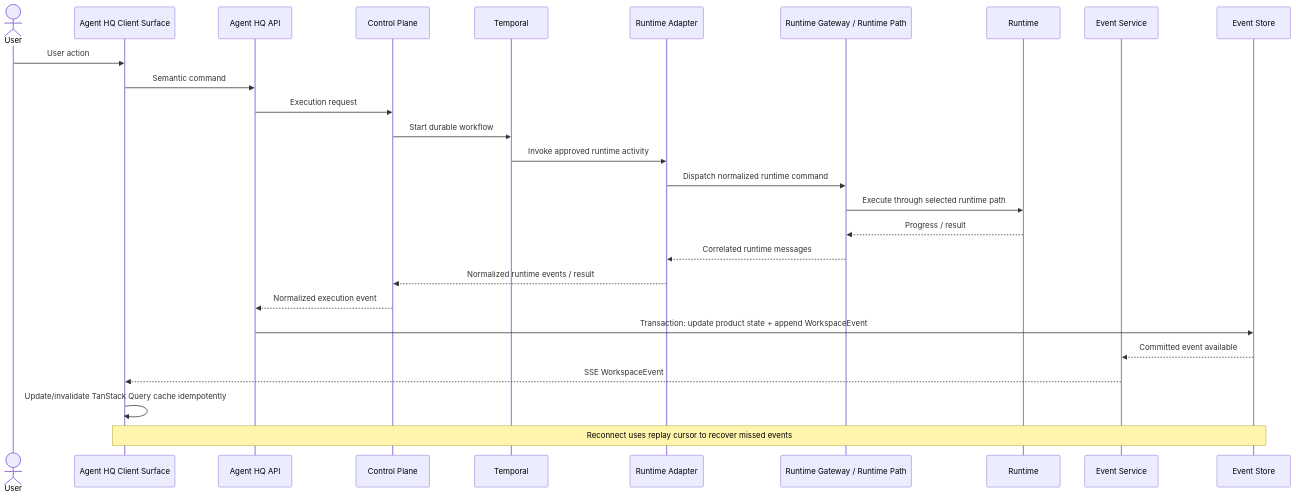
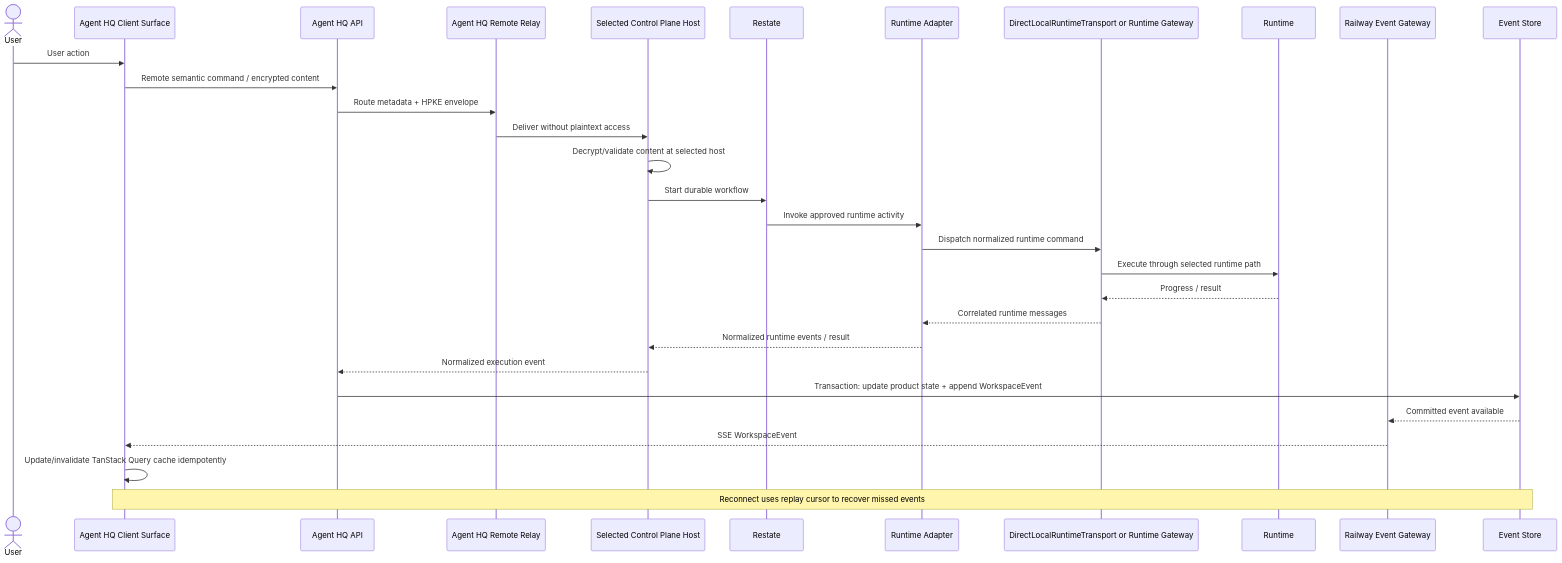
Before and after one commit to adea-ai/adea: the fourth of 18 diagrams in docs/architecture/diagram-sources.md, drawn with Mermaid. The commit also changed other lines of this file, not shown here.

Commit message:
docs: reconcile Agent HQ architecture diagrams with canonical source

````diff
--- a/docs/architecture/diagram-sources.md
+++ b/docs/architecture/diagram-sources.md
@@ -130,29 +152,32 @@
 ```mermaid
 sequenceDiagram
     actor U as User
     participant C as Agent HQ Client Surface
     participant A as Agent HQ API
-    participant P as Control Plane
-    participant T as Temporal
+    participant X as Agent HQ Remote Relay
+    participant P as Selected Control Plane Host
+    participant T as Restate
     participant RA as Runtime Adapter
-    participant G as Runtime Gateway / Runtime Path
+    participant G as DirectLocalRuntimeTransport or Runtime Gateway
     participant R as Runtime
-    participant E as Event Service
+    participant E as Railway Event Gateway
     participant D as Event Store
     U->>C: User action
-    C->>A: Semantic command
-    A->>P: Execution request
+    C->>A: Remote semantic command / encrypted content
+    A->>X: Route metadata + HPKE envelope
+    X->>P: Deliver without plaintext access
+    P->>P: Decrypt/validate content at selected host
     P->>T: Start durable workflow
     T->>RA: Invoke approved runtime activity
     RA->>G: Dispatch normalized runtime command
     G->>R: Execute through selected runtime path
     R-->>G: Progress / result
     G-->>RA: Correlated runtime messages
     RA-->>P: Normalized runtime events / result
     P-->>A: Normalized execution event
     A->>D: Transaction: update product state + append WorkspaceEvent
     D-->>E: Committed event available
     E-->>C: SSE WorkspaceEvent
     C->>C: Update/invalidate TanStack Query cache idempotently
     Note over C,D: Reconnect uses replay cursor to recover missed events
 ```
````
